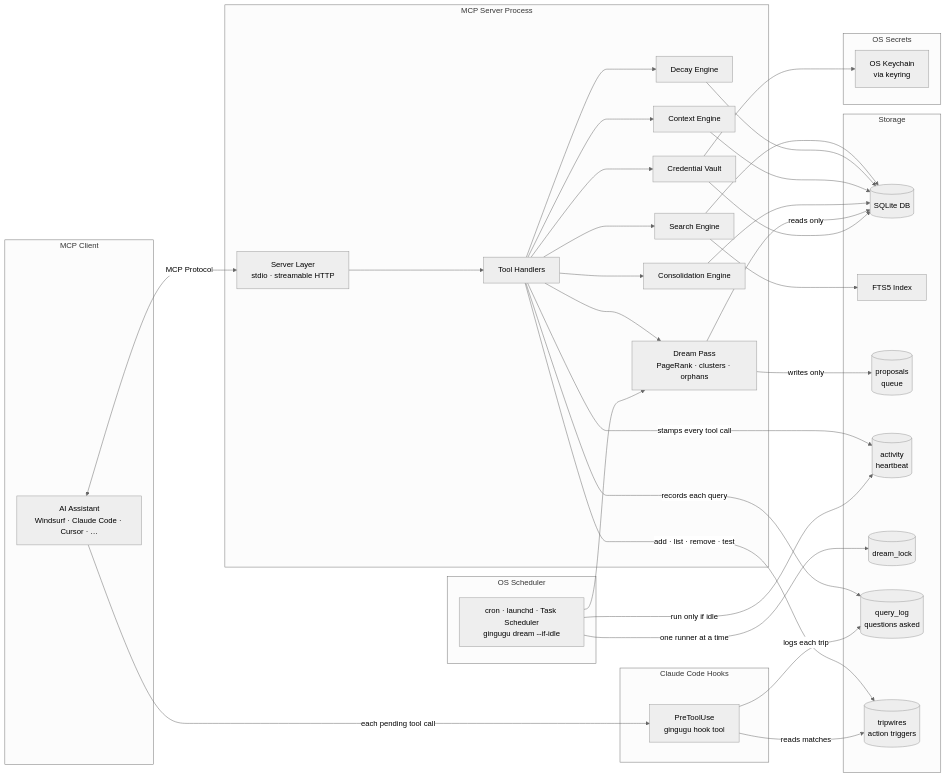
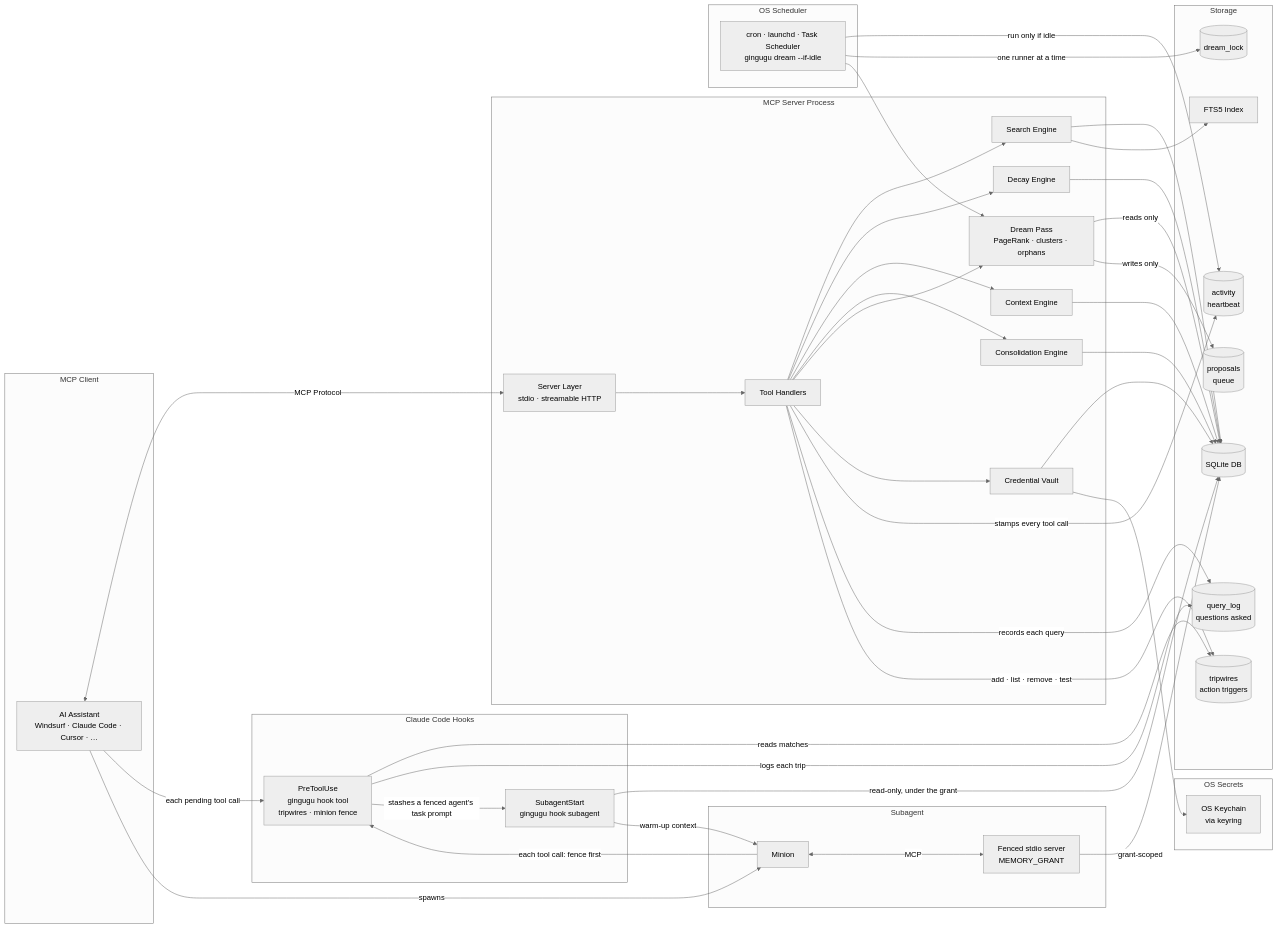
The diagram in docs/architecture.md (gingugu/gingugu), drawn with Mermaid (neutral theme) before and after one commit. The commit also changed other lines of this file and 8 other files, not shown here.

````diff
--- a/docs/architecture.md
+++ b/docs/architecture.md
@@ -20,66 +20,79 @@
 ```mermaid
 graph LR
     subgraph MCP Client
         A[AI Assistant<br/>Windsurf · Claude Code · Cursor · …]
     end
 
     subgraph MCP Server Process
         B[Server Layer<br/>stdio · streamable HTTP]
         C[Tool Handlers]
         D[Search Engine]
         E[Decay Engine]
         F[Context Engine]
         G[Consolidation Engine]
         L[Dream Pass<br/>PageRank · clusters · orphans]
         K[Credential Vault]
     end
 
     subgraph Claude Code Hooks
-        Y[PreToolUse<br/>gingugu hook tool]
+        Y[PreToolUse<br/>gingugu hook tool<br/>tripwires · minion fence]
+        Z[SubagentStart<br/>gingugu hook subagent]
+    end
+
+    subgraph Subagent
+        M[Minion]
+        N[Fenced stdio server<br/>MEMORY_GRANT]
     end
 
     subgraph OS Scheduler
         S[cron · launchd · Task Scheduler<br/>gingugu dream --if-idle]
     end
 
     subgraph Storage
         H[(SQLite DB)]
         I[FTS5 Index]
         P[(proposals<br/>queue)]
         Q[(activity<br/>heartbeat)]
         R[(dream_lock)]
         T[(query_log<br/>questions asked)]
         W[(tripwires<br/>action triggers)]
     end
 
     subgraph OS Secrets
         J[OS Keychain<br/>via keyring]
     end
 
     A <-->|MCP Protocol| B
     B --> C
     C --> D
     C --> E
     C --> F
     C --> G
     C --> L
     C --> K
     D --> H
     D --> I
     E --> H
     F --> H
     G --> H
     L -->|reads only| H
     L -->|writes only| P
     K --> H
     K --> J
     C -->|stamps every tool call| Q
     C -->|records each query| T
     C -->|add · list · remove · test| W
     A -->|each pending tool call| Y
     Y -->|reads matches| W
     Y -->|logs each trip| T
+    A -->|spawns| M
+    Y -->|stashes a fenced agent's task prompt| Z
+    Z -->|read-only, under the grant| H
+    Z -->|warm-up context| M
+    M <-->|MCP| N
+    N -->|grant-scoped| H
+    M -->|each tool call: fence first| Y
     S -->|run only if idle| Q
     S -->|one runner at a time| R
     S --> L
 ```
````
